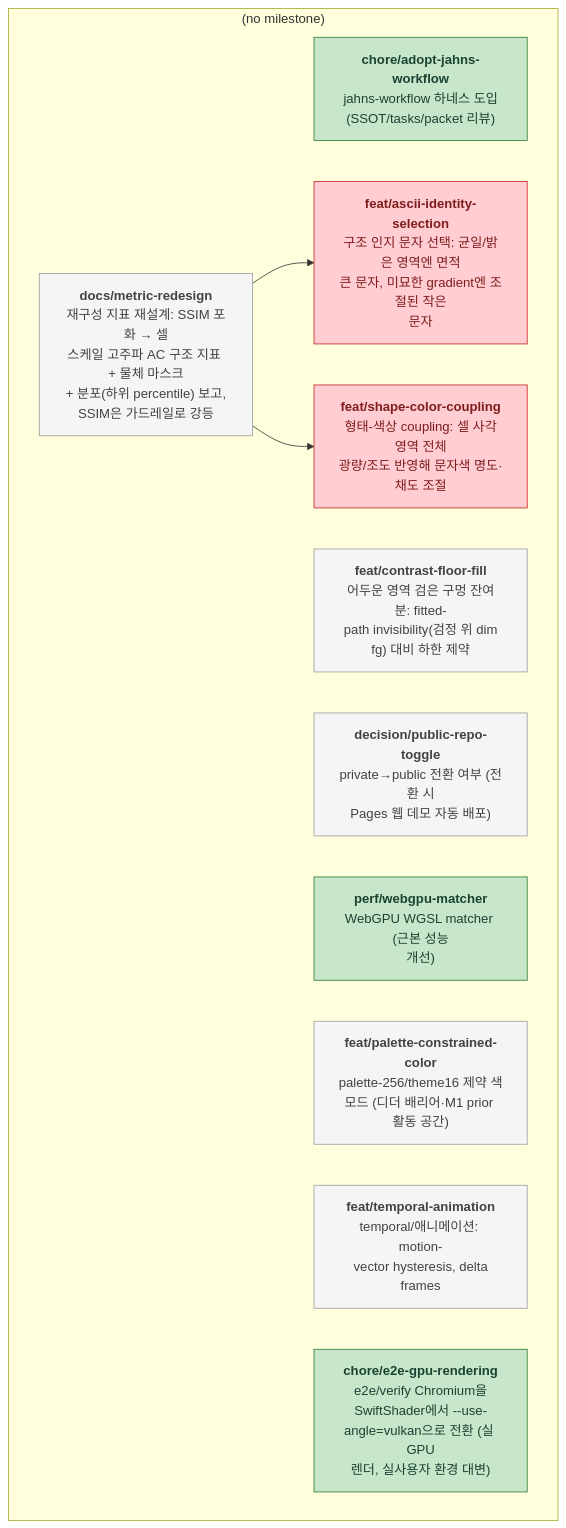
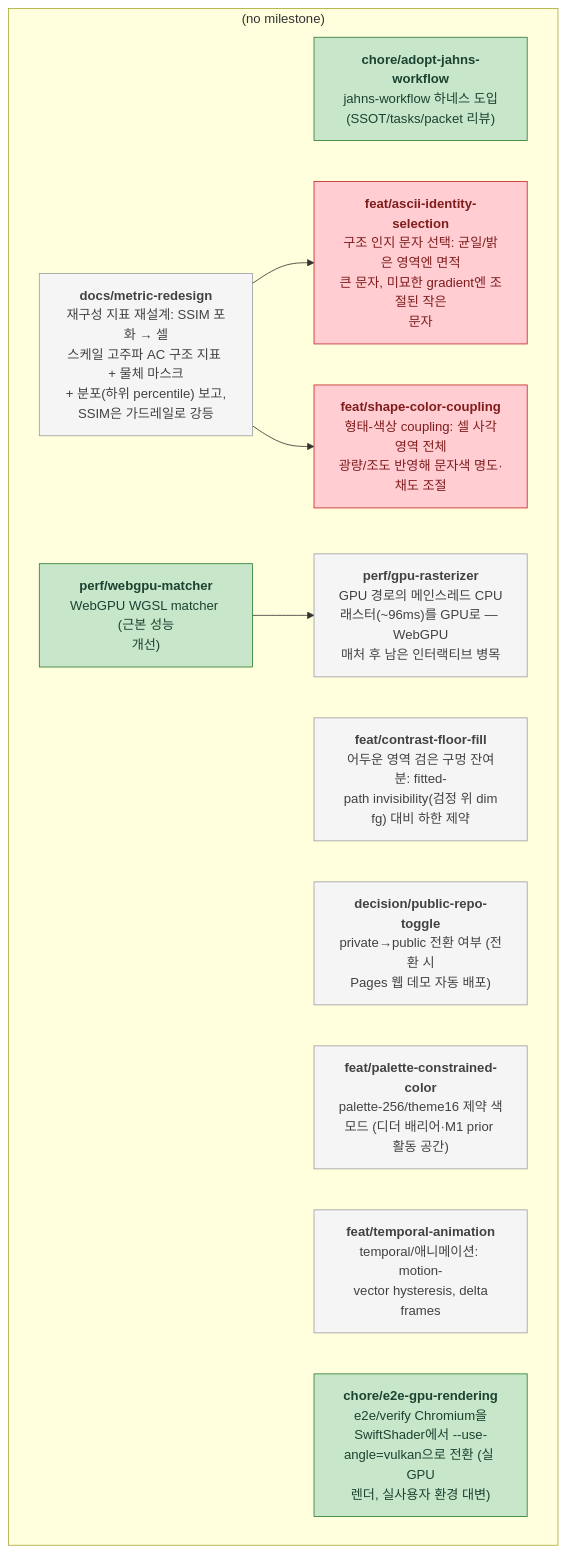
Before and after one commit to Dev-Jahn/glyphit3d: the diagram in ROADMAP.md, drawn with Mermaid. The commit also changed other lines of this file and 4 other files, not shown here.

````diff
--- a/ROADMAP.md
+++ b/ROADMAP.md
@@ -7,25 +7,27 @@
 ```mermaid
 flowchart TD
     subgraph backlog["(no milestone)"]
         chore_adopt_jahns_workflow["<b>chore/adopt-jahns-workflow</b><br/>jahns-workflow 하네스 도입<br/>(SSOT/tasks/packet 리뷰)"]
         docs_metric_redesign["<b>docs/metric-redesign</b><br/>재구성 지표 재설계: SSIM 포화 → 셀<br/>스케일 고주파 AC 구조 지표 + 물체 마스크<br/>+ 분포(하위 percentile) 보고,<br/>SSIM은 가드레일로 강등"]
         feat_ascii_identity_selection["<b>feat/ascii-identity-selection</b><br/>구조 인지 문자 선택: 균일/밝은 영역엔 면적<br/>큰 문자, 미묘한 gradient엔 조절된 작은<br/>문자"]
         feat_contrast_floor_fill["<b>feat/contrast-floor-fill</b><br/>어두운 영역 검은 구멍 잔여분: fitted-<br/>path invisibility(검정 위 dim<br/>fg) 대비 하한 제약"]
         feat_shape_color_coupling["<b>feat/shape-color-coupling</b><br/>형태-색상 coupling: 셀 사각영역 전체<br/>광량/조도 반영해 문자색 명도·채도 조절"]
         decision_public_repo_toggle["<b>decision/public-repo-toggle</b><br/>private→public 전환 여부 (전환 시<br/>Pages 웹 데모 자동 배포)"]
         perf_webgpu_matcher["<b>perf/webgpu-matcher</b><br/>WebGPU WGSL matcher (근본 성능<br/>개선)"]
         feat_palette_constrained_color["<b>feat/palette-constrained-color</b><br/>palette-256/theme16 제약 색<br/>모드 (디더 배리어·M1 prior 활동 공간)"]
         feat_temporal_animation["<b>feat/temporal-animation</b><br/>temporal/애니메이션: motion-<br/>vector hysteresis, delta<br/>frames"]
         chore_e2e_gpu_rendering["<b>chore/e2e-gpu-rendering</b><br/>e2e/verify Chromium을<br/>SwiftShader에서 --use-<br/>angle=vulkan으로 전환 (실 GPU<br/>렌더, 실사용자 환경 대변)"]
+        perf_gpu_rasterizer["<b>perf/gpu-rasterizer</b><br/>GPU 경로의 메인스레드 CPU<br/>래스터(~96ms)를 GPU로 — WebGPU<br/>매처 후 남은 인터랙티브 병목"]
     end
     docs_metric_redesign --> feat_ascii_identity_selection
     docs_metric_redesign --> feat_shape_color_coupling
+    perf_webgpu_matcher --> perf_gpu_rasterizer
     classDef pending fill:#f5f5f5,stroke:#9e9e9e,color:#424242
     classDef active fill:#bbdefb,stroke:#1565c0,color:#0d2b56,stroke-width:2px
     classDef blocked fill:#ffcdd2,stroke:#c62828,color:#7f1d1d
     classDef done fill:#c8e6c9,stroke:#2e7d32,color:#1b4332
     classDef dropped fill:#eeeeee,stroke:#bdbdbd,color:#9e9e9e,stroke-dasharray: 4 4
     class chore_adopt_jahns_workflow,perf_webgpu_matcher,chore_e2e_gpu_rendering done
-    class docs_metric_redesign,feat_contrast_floor_fill,decision_public_repo_toggle,feat_palette_constrained_color,feat_temporal_animation pending
+    class docs_metric_redesign,feat_contrast_floor_fill,decision_public_repo_toggle,feat_palette_constrained_color,feat_temporal_animation,perf_gpu_rasterizer pending
     class feat_ascii_identity_selection,feat_shape_color_coupling blocked
 ```
````
